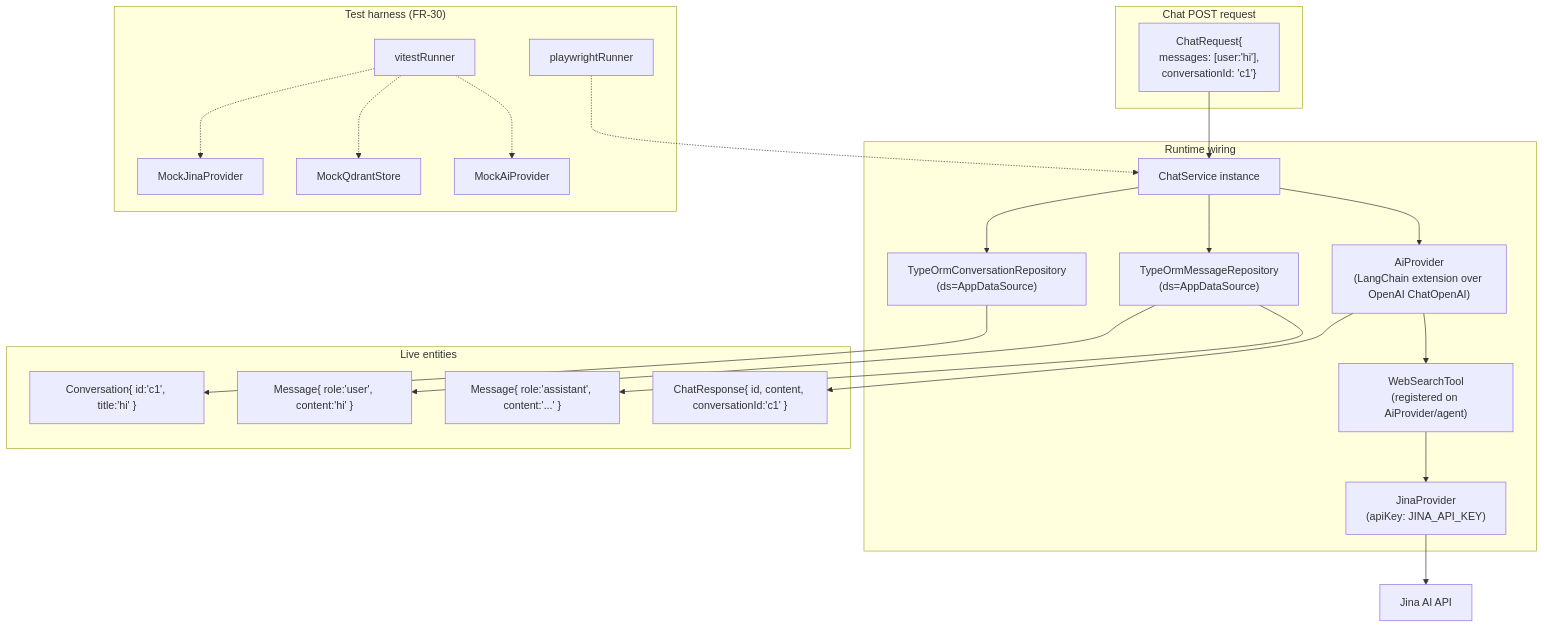
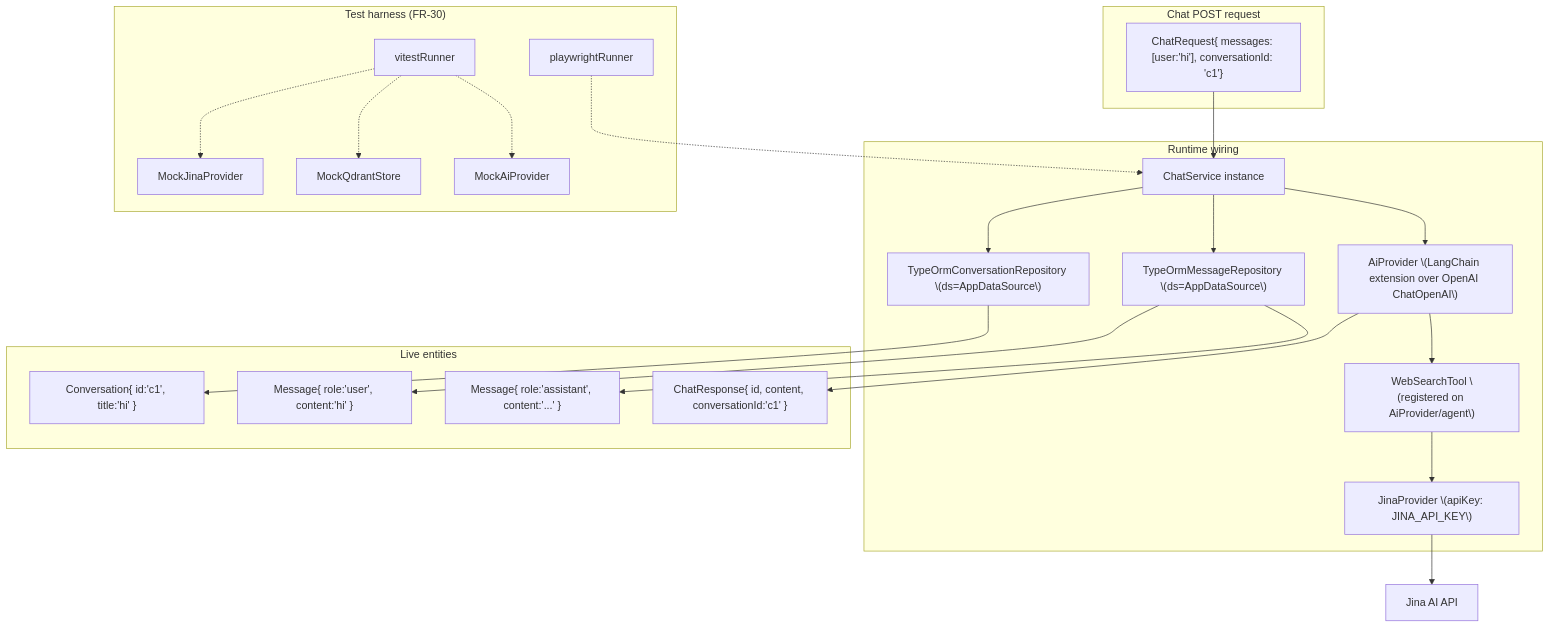
One commit to Glitch-guy0/chaiGPT changed the diagram in _bmad-output/planning-artifacts/08-object.md. Above: the diagram before and after it, drawn with Mermaid. The commit also changed 7 other files, not shown here.

````diff
--- a/_bmad-output/planning-artifacts/08-object.md
+++ b/_bmad-output/planning-artifacts/08-object.md
@@ -5,47 +5,47 @@
 ```mermaid
 flowchart TD
     subgraph req["Chat POST request"]
-        cr["ChatRequest{<br/>messages: [user:'hi'],<br/>conversationId: 'c1'}"]
+        cr["ChatRequest{ messages: [user:'hi'], conversationId: 'c1'}"]
     end
 
     subgraph svc["Runtime wiring"]
         chatSvc["ChatService instance"]
-        convRepo["TypeOrmConversationRepository<br/>(ds=AppDataSource)"]
-        msgRepo["TypeOrmMessageRepository<br/>(ds=AppDataSource)"]
-        aiProv["AiProvider<br/>(LangChain extension over OpenAI ChatOpenAI)"]
-        jinaProv["JinaProvider<br/>(apiKey: JINA_API_KEY)"]
-        wsTool["WebSearchTool<br/>(registered on AiProvider/agent)"]
+        convRepo["TypeOrmConversationRepository \(ds=AppDataSource\)"]
+        msgRepo["TypeOrmMessageRepository \(ds=AppDataSource\)"]
+        aiProv["AiProvider \(LangChain extension over OpenAI ChatOpenAI\)"]
+        jinaProv["JinaProvider \(apiKey: JINA_API_KEY\)"]
+        wsTool["WebSearchTool \(registered on AiProvider/agent\)"]
     end
 
     subgraph data["Live entities"]
         conv["Conversation{ id:'c1', title:'hi' }"]
         m1["Message{ role:'user', content:'hi' }"]
         m2["Message{ role:'assistant', content:'...' }"]
         resp["ChatResponse{ id, content, conversationId:'c1' }"]
     end
 
     subgraph test["Test harness (FR-30)"]
         mockJina["MockJinaProvider"]
         mockVec["MockQdrantStore"]
         mockAi["MockAiProvider"]
         vitest["vitestRunner"]
         pw["playwrightRunner"]
     end
 
     cr --> chatSvc
     chatSvc --> convRepo
     chatSvc --> msgRepo
     chatSvc --> aiProv
     aiProv --> wsTool
     wsTool --> jinaProv
     jinaProv --> JINA["Jina AI API"]
     convRepo --> conv
     msgRepo --> m1
     msgRepo --> m2
     aiProv --> resp
 
     vitest -.-> mockJina
     vitest -.-> mockVec
     vitest -.-> mockAi
     pw -.-> chatSvc
 ```
````
